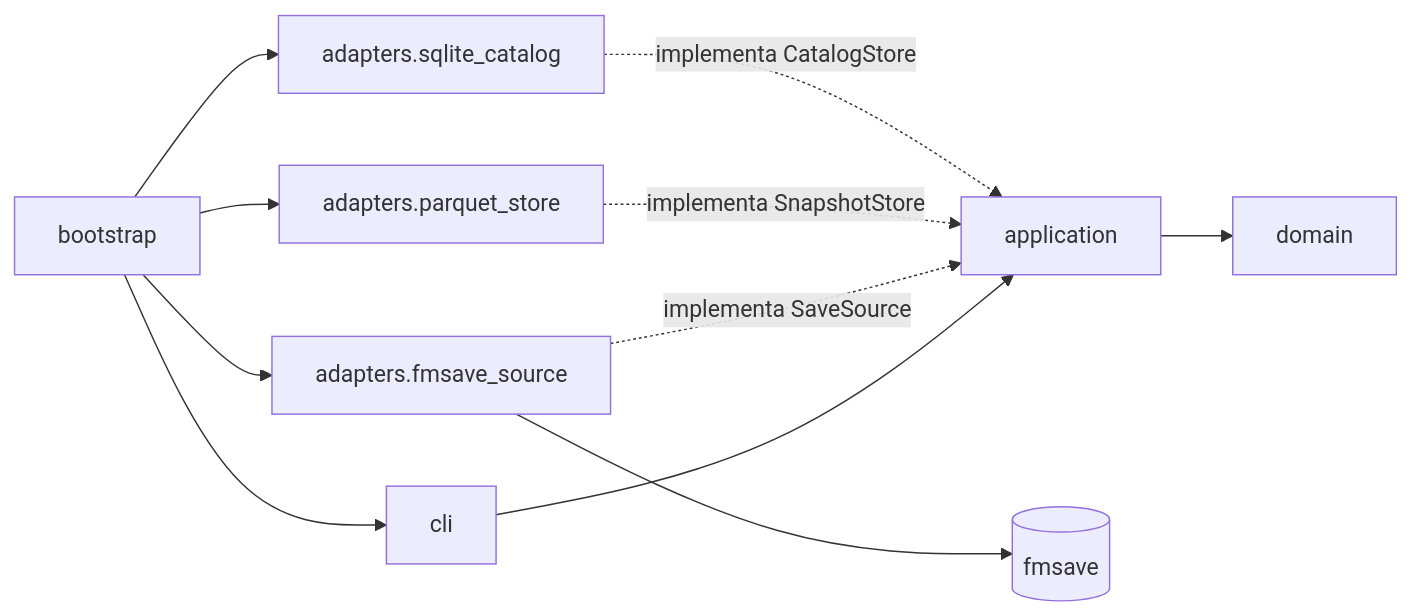
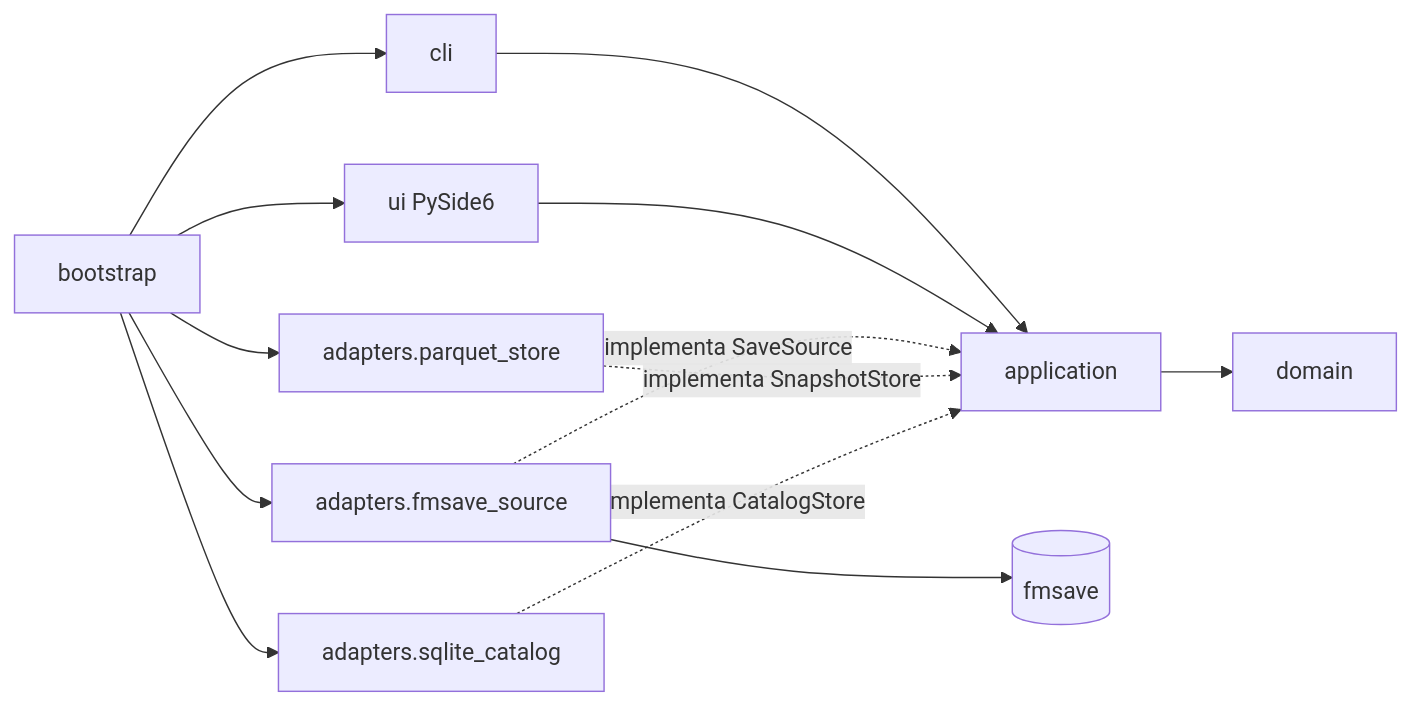
The diagram in wiki/engineering/architecture.md (cianf4/FMXray), drawn with Mermaid before and after one commit. The commit also changed other lines of this file and 15 other files, not shown here.

````diff
--- a/wiki/engineering/architecture.md
+++ b/wiki/engineering/architecture.md
@@ -16,13 +16,15 @@
 ```mermaid
 flowchart LR
   cli[cli] --> app[application]
+  ui[ui PySide6] --> app
+  boot --> ui
   boot[bootstrap] --> cli
   boot --> fs[adapters.fmsave_source]
   boot --> pq[adapters.parquet_store]
   boot --> sq[adapters.sqlite_catalog]
   app --> dom[domain]
   fs -.implementa SaveSource.-> app
   pq -.implementa SnapshotStore.-> app
   sq -.implementa CatalogStore.-> app
   fs --> fmsave[(fmsave)]
 ```
````
